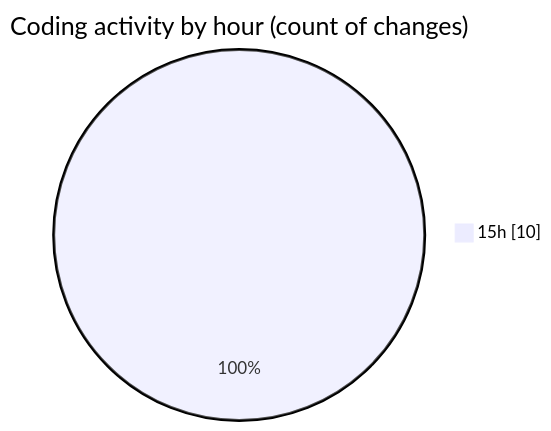
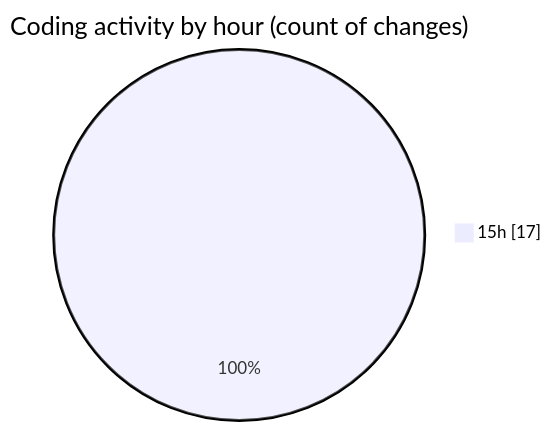
One commit to IJAZ3593/code-tracking changed the second of 2 diagrams in 2025-09-01/project_3/README.md. Above: the diagram before and after it, drawn with Mermaid. The commit also changed other lines of this file and 1 other file, not shown here.

````diff
--- a/2025-09-01/project_3/README.md
+++ b/2025-09-01/project_3/README.md
@@ -34,5 +36,5 @@
 ```mermaid
 pie showData
 title Coding activity by hour (count of changes)
-"15h" : 10
+"15h" : 17
 ```
````
